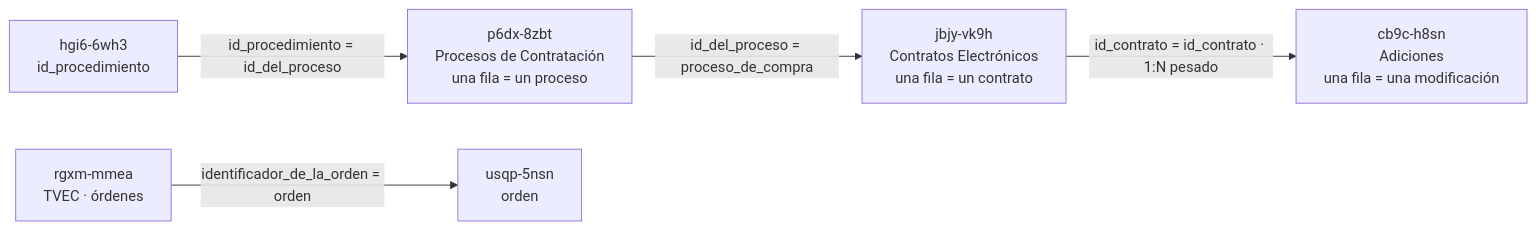
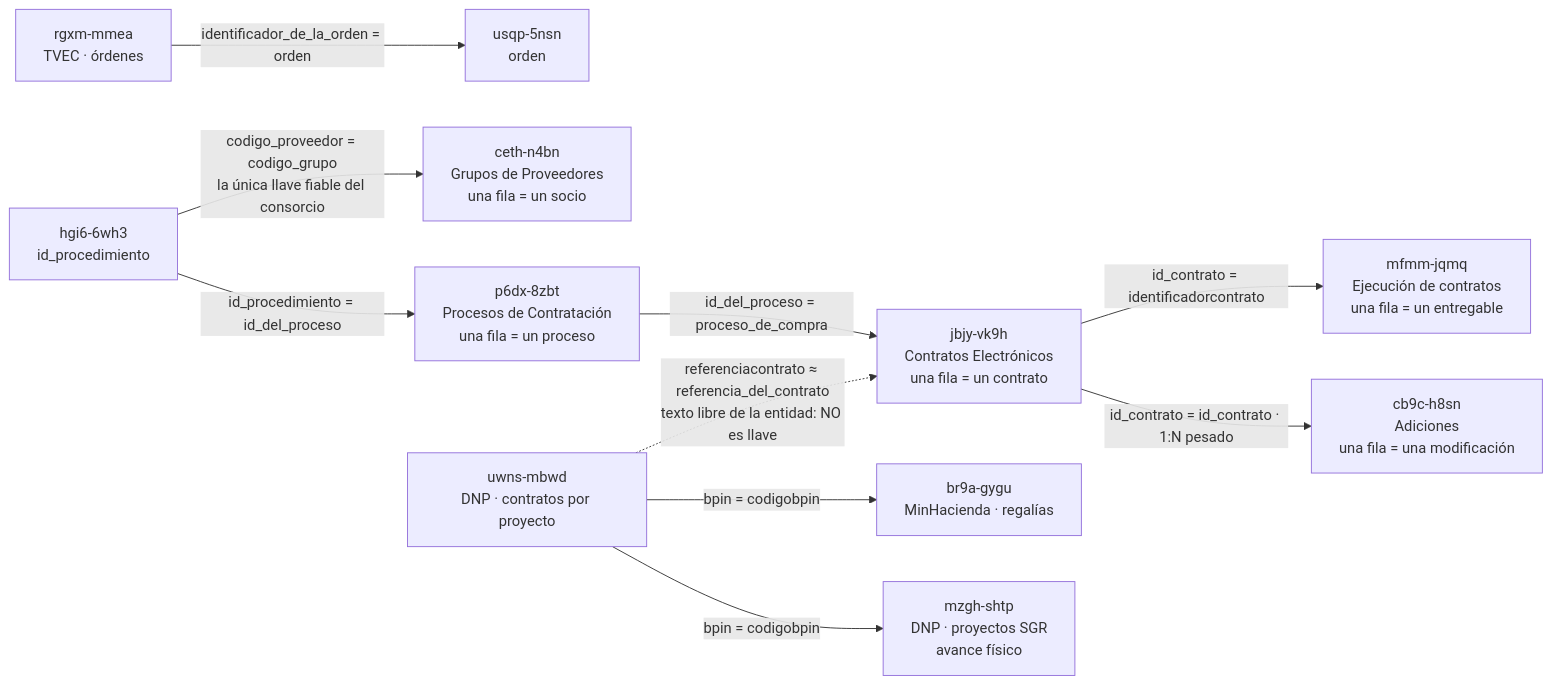
One commit to manuelcastiblan/colombia-datos-mcp changed the diagram in docs/fuentes.md. Above: the diagram before and after it, drawn with Mermaid. The commit also changed 5 other files, not shown here.

First line of the commit message:
Publica 0.17.0 y pone al día los diagramas que el cambio dejó viejos

````diff
--- a/docs/fuentes.md
+++ b/docs/fuentes.md
@@ -214,14 +214,24 @@
 ```mermaid
 flowchart LR
     hgi6["hgi6-6wh3<br/>id_procedimiento"]
     p6dx["p6dx-8zbt<br/>Procesos de Contratación<br/>una fila = un proceso"]
     jbjy["jbjy-vk9h<br/>Contratos Electrónicos<br/>una fila = un contrato"]
     cb9c["cb9c-h8sn<br/>Adiciones<br/>una fila = una modificación"]
     rgxm["rgxm-mmea<br/>TVEC · órdenes"]
     usqp["usqp-5nsn<br/>orden"]
+    ceth["ceth-n4bn<br/>Grupos de Proveedores<br/>una fila = un socio"]
+    mfmm["mfmm-jqmq<br/>Ejecución de contratos<br/>una fila = un entregable"]
+    uwns["uwns-mbwd<br/>DNP · contratos por proyecto"]
+    mzgh["mzgh-shtp<br/>DNP · proyectos SGR<br/>avance físico"]
+    br9a["br9a-gygu<br/>MinHacienda · regalías"]
 
     hgi6 -->|"id_procedimiento = id_del_proceso"| p6dx
     p6dx -->|"id_del_proceso = proceso_de_compra"| jbjy
     jbjy -->|"id_contrato = id_contrato · 1:N pesado"| cb9c
+    jbjy -->|"id_contrato = identificadorcontrato"| mfmm
+    hgi6 -->|"codigo_proveedor = codigo_grupo<br/>la única llave fiable del consorcio"| ceth
     rgxm -->|"identificador_de_la_orden = orden"| usqp
+    uwns -->|"bpin = codigobpin"| mzgh
+    uwns -->|"bpin = codigobpin"| br9a
+    uwns -.->|"referenciacontrato ≈ referencia_del_contrato<br/>texto libre de la entidad: NO es llave"| jbjy
 ```
````
